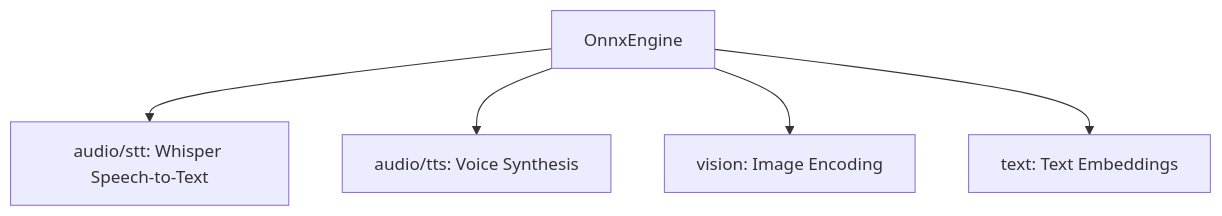
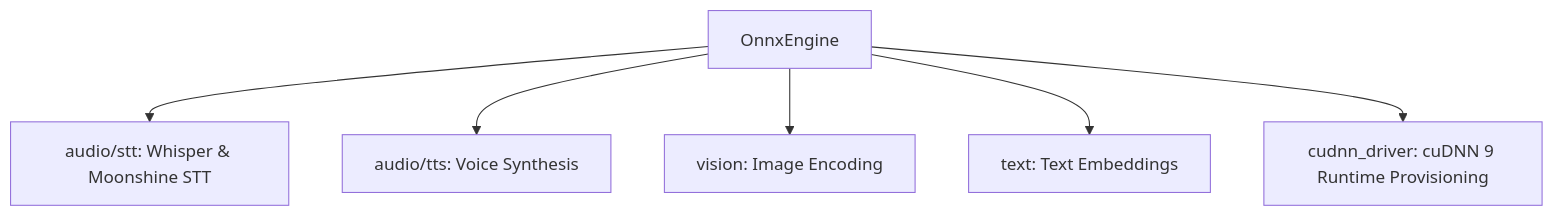
One commit to cluaiz/cluaiz changed the diagram in engine/onnx/README.md. Above: the diagram before and after it, drawn with Mermaid. The commit also changed other lines of this file and 6 other files, not shown here.

Commit message:
feat(onnx/stt): add modular STT families router and Moonshine raw-waveform support

````diff
--- a/engine/onnx/README.md
+++ b/engine/onnx/README.md
@@ -7,7 +7,8 @@
 ```mermaid
 graph TD
-    A["OnnxEngine"] --> B["audio/stt: Whisper Speech-to-Text"]
+    A["OnnxEngine"] --> B["audio/stt: Whisper & Moonshine STT"]
     A --> C["audio/tts: Voice Synthesis"]
     A --> D["vision: Image Encoding"]
     A --> E["text: Text Embeddings"]
+    A --> F["cudnn_driver: cuDNN 9 Runtime Provisioning"]
 ```
````
